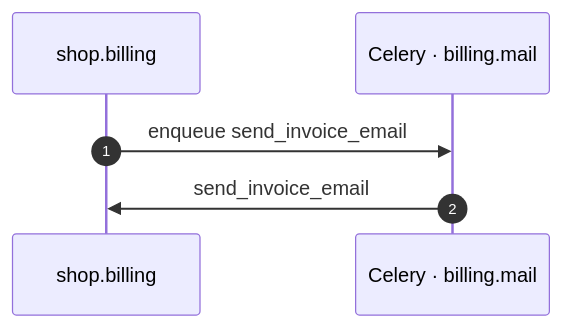
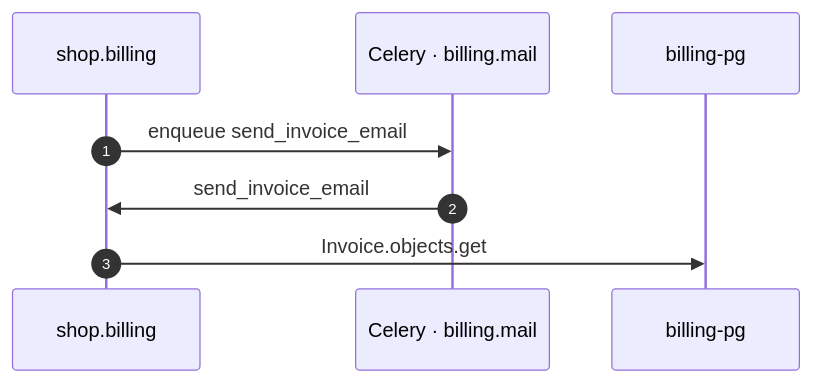
One commit to shortlink-org/portolan changed the diagram in exports/mermaid/billing-celery-send-invoice-email.mmd. Above: the diagram before and after it, drawn with Mermaid. The commit also changed 188 other files, not shown here.

Commit message:
feat(flows): compose task bodies and compact wrappers

```diff
--- a/exports/mermaid/billing-celery-send-invoice-email.mmd
+++ b/exports/mermaid/billing-celery-send-invoice-email.mmd
@@ -1,6 +1,8 @@
 sequenceDiagram
     autonumber
     participant p0 as shop.billing
     participant p1 as Celery · billing.mail
+    participant p2 as billing-pg
     p0->>p1: enqueue send_invoice_email
     p1->>p0: send_invoice_email
+    p0->>p2: Invoice.objects.get
```
